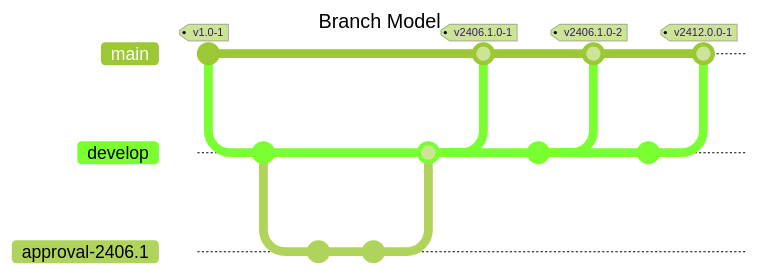
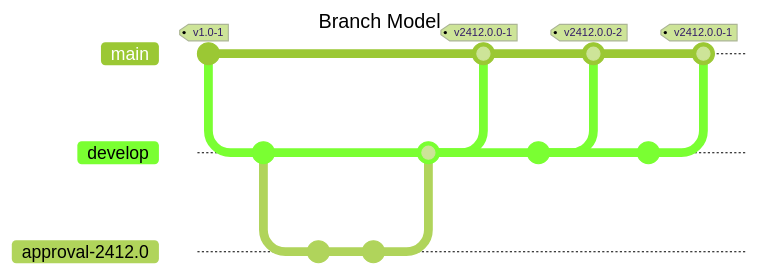
One commit to CoreMedia/coremedia-globallink-connect-integration changed the diagram in docs/development.md. Above: the diagram before and after it, drawn with Mermaid (forest theme). The commit also changed other lines of this file, not shown here. Commit ids are hidden.

Commit message:
docs: Update CMCC Developer Documentation Links

````diff
--- a/docs/development.md
+++ b/docs/development.md
@@ -39,26 +39,26 @@
 ```mermaid
 ---
 title: Branch Model
 ---
 gitGraph:
   commit tag: "v1.0-1"
   branch develop
   checkout develop
   commit
-  branch approval-2406.1
-  checkout approval-2406.1
+  branch approval-2412.0
+  checkout approval-2412.0
   commit
   commit
   checkout develop
-  merge approval-2406.1
+  merge approval-2412.0
   checkout main
-  merge develop tag: "v2406.1.0-1"
+  merge develop tag: "v2412.0.0-1"
   checkout develop
-  commit id: "fix 2406.1.0-1"
+  commit id: "fix 2412.0.0-1"
   checkout main
-  merge develop tag: "v2406.1.0-2"
+  merge develop tag: "v2412.0.0-2"
   checkout develop
   commit id: "merge approval 2412.0"
   checkout main
   merge develop tag: "v2412.0.0-1"
 ```
````
